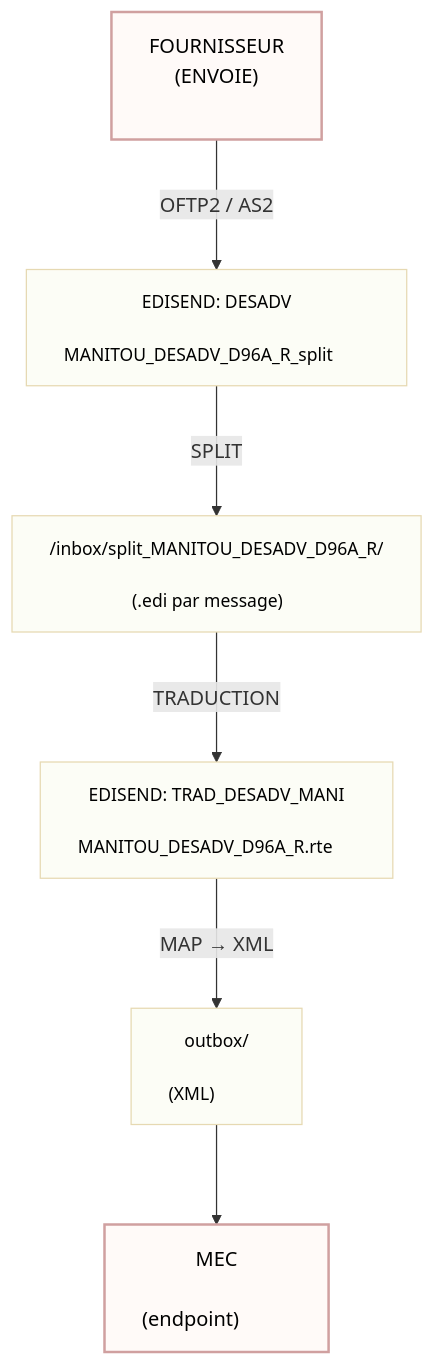
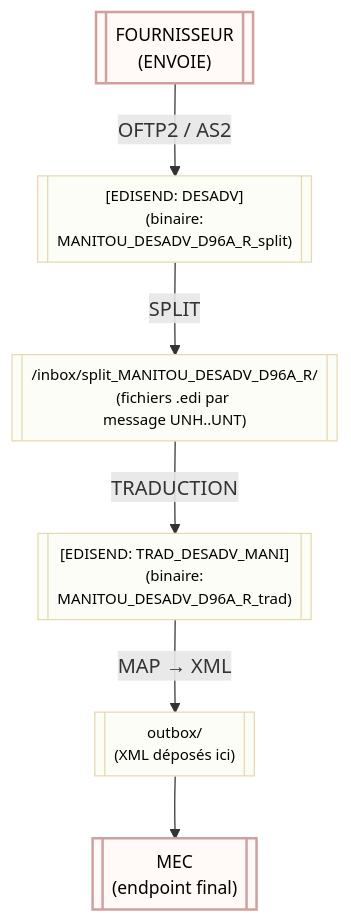
The diagram in README.md (HMaPredell/visuel), drawn with Mermaid before and after one commit. The commit also changed other lines of this file, not shown here.

````diff
--- a/README.md
+++ b/README.md
@@ -55,20 +53,19 @@
 ```mermaid
 flowchart TD
   %% Large blocks, vertical layout
-  %%{init: {"flowchart": {"nodeSpacing": 100, "rankSpacing": 80}}}%%
-  classDef bigBlock fill:#fffaf8,stroke:#d0a0a0,stroke-width:2px,color:#000,font-size:16px;
-  classDef stepBlock fill:#fcfdf6,stroke:#e6d9b2,stroke-width:1px,color:#000,font-size:14px;
+  classDef bigBlock fill:#fffaf8,stroke:#d0a0a0,stroke-width:2px,color:#000,font-size:14px;
+  classDef stepBlock fill:#fcfdf6,stroke:#e6d9b2,stroke-width:1px,color:#000,font-size:12px;
 
-  FOURNISSEUR["FOURNISSEUR\n(ENVOIE)\n\n"]:::bigBlock
-  EDISEND_SPLIT["EDISEND: DESADV\n\nMANITOU_DESADV_D96A_R_split&nbsp;&nbsp;&nbsp;&nbsp;&nbsp;&nbsp;&nbsp;&nbsp;"]:::stepBlock
-  SPLIT_DIR["/inbox/split_MANITOU_DESADV_D96A_R/\n\n(.edi par message)&nbsp;&nbsp;&nbsp;&nbsp;"]:::stepBlock
-  EDISEND_TRAD["EDISEND: TRAD_DESADV_MANI\n\nMANITOU_DESADV_D96A_R.rte&nbsp;&nbsp;&nbsp;&nbsp;&nbsp;"]:::stepBlock
-  OUTBOX["outbox/\n\n(XML)&nbsp;&nbsp;&nbsp;&nbsp;&nbsp;&nbsp;&nbsp;&nbsp;&nbsp;&nbsp;&nbsp;"]:::stepBlock
-  MEC["MEC\n\n(endpoint)&nbsp;&nbsp;&nbsp;&nbsp;&nbsp;&nbsp;&nbsp;&nbsp;&nbsp;&nbsp;"]:::bigBlock
+   FOURNISSEUR[["FOURNISSEUR<br/>(ENVOIE)<br/>"]]:::bigBlock
+   EDISEND_SPLIT[["[EDISEND: DESADV]<br/>(binaire: <br/>MANITOU_DESADV_D96A_R_split)<br/>"]]:::stepBlock
+  SPLIT_DIR[["/inbox/split_MANITOU_DESADV_D96A_R/<br/>(fichiers .edi par <br/>message UNH..UNT)"]]:::stepBlock
+   EDISEND_TRAD[["[EDISEND: TRAD_DESADV_MANI]<br/>(binaire: <br/>MANITOU_DESADV_D96A_R_trad)<br/>"]]:::stepBlock
+   OUTBOX[["outbox/<br/>(XML déposés ici)"]]:::stepBlock
+   MEC[["MEC<br/>(endpoint final)"]]:::bigBlock
 
   FOURNISSEUR -->|OFTP2 / AS2| EDISEND_SPLIT
   EDISEND_SPLIT -->|SPLIT| SPLIT_DIR
   SPLIT_DIR -->|TRADUCTION| EDISEND_TRAD
   EDISEND_TRAD -->|MAP → XML| OUTBOX
   OUTBOX --> MEC
 ```
````
